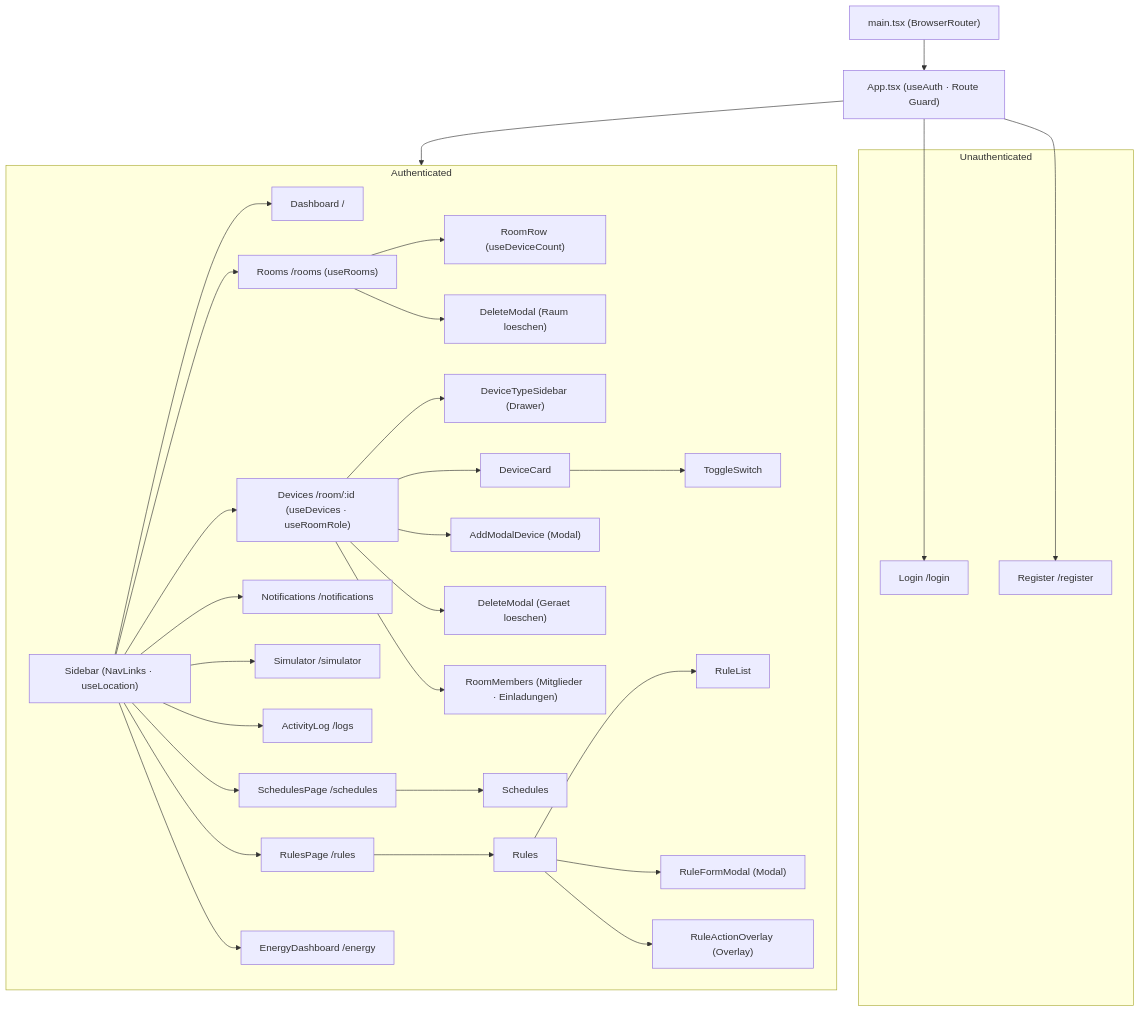
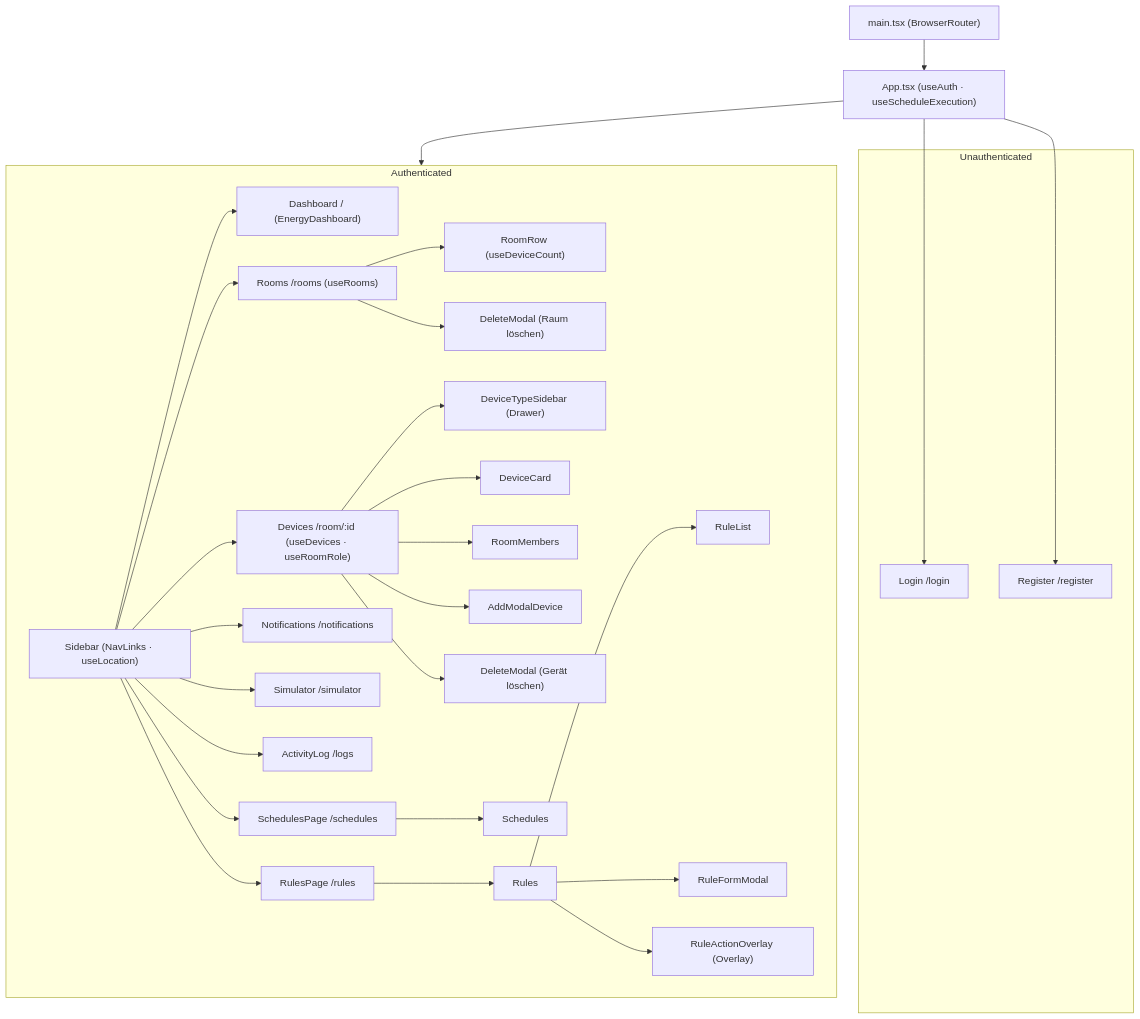
Before and after one commit to jku-win-se/teaching-2026.ss.prse.braeuer.team5: the first of 4 diagrams in docs/uml-diagram.md, drawn with Mermaid. The commit also changed other lines of this file and 37 other files, not shown here.

````diff
--- a/docs/uml-diagram.md
+++ b/docs/uml-diagram.md
@@ -5,67 +5,64 @@
 ```mermaid
 graph TD
     main["main.tsx (BrowserRouter)"]
-    App["App.tsx (useAuth · Route Guard)"]
+    App["App.tsx (useAuth · useScheduleExecution)"]
 
     subgraph Unauthenticated
         Login["Login /login"]
         Register["Register /register"]
     end
 
     subgraph Authenticated
         Sidebar["Sidebar (NavLinks · useLocation)"]
-        Dashboard["Dashboard /"]
+        Dashboard["Dashboard / (EnergyDashboard)"]
         Rooms["Rooms /rooms (useRooms)"]
         RoomRow["RoomRow (useDeviceCount)"]
         Devices["Devices /room/:id (useDevices · useRoomRole)"]
         Notifications["Notifications /notifications"]
         Simulator["Simulator /simulator"]
         ActivityLog["ActivityLog /logs"]
         SchedulesPage["SchedulesPage /schedules"]
         RulesPage["RulesPage /rules"]
-        EnergyDashboard["EnergyDashboard /energy"]
+
         DeviceTypeSidebar["DeviceTypeSidebar (Drawer)"]
         DeviceCard["DeviceCard"]
-        ToggleSwitch["ToggleSwitch"]
-        AddModalDevice["AddModalDevice (Modal)"]
-        DeleteModalDevices["DeleteModal (Geraet loeschen)"]
-        DeleteModalRooms["DeleteModal (Raum loeschen)"]
-        RoomMembers["RoomMembers (Mitglieder · Einladungen)"]
+        RoomMembers["RoomMembers"]
+        AddModalDevice["AddModalDevice"]
+        DeleteModalDevices["DeleteModal (Gerät löschen)"]
+        DeleteModalRooms["DeleteModal (Raum löschen)"]
         Schedules["Schedules"]
         Rules["Rules"]
         RuleList["RuleList"]
-        RuleFormModal["RuleFormModal (Modal)"]
+        RuleFormModal["RuleFormModal"]
         RuleActionOverlay["RuleActionOverlay (Overlay)"]
     end
 
     main --> App
     App --> Login
     App --> Register
     App --> Authenticated
 
     Sidebar --> Dashboard
     Sidebar --> Rooms
     Sidebar --> Devices
     Sidebar --> Notifications
     Sidebar --> Simulator
     Sidebar --> ActivityLog
     Sidebar --> SchedulesPage
     Sidebar --> RulesPage
-    Sidebar --> EnergyDashboard
 
     Rooms --> RoomRow
     Rooms --> DeleteModalRooms
 
     Devices --> DeviceTypeSidebar
     Devices --> DeviceCard
+    Devices --> RoomMembers
     Devices --> AddModalDevice
     Devices --> DeleteModalDevices
-    Devices --> RoomMembers
-    DeviceCard --> ToggleSwitch
 
     SchedulesPage --> Schedules
     RulesPage --> Rules
     Rules --> RuleList
     Rules --> RuleFormModal
     Rules --> RuleActionOverlay
 ```
````
